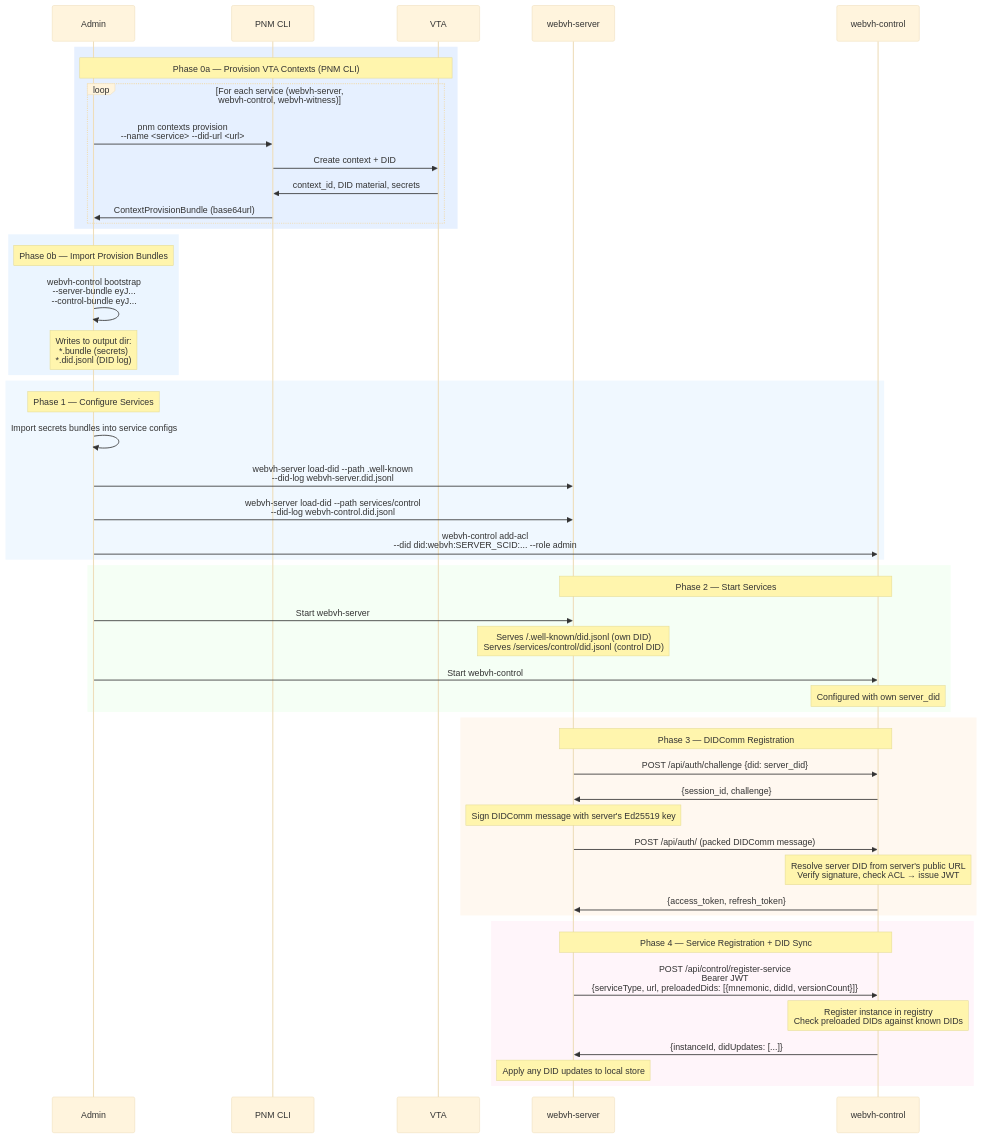
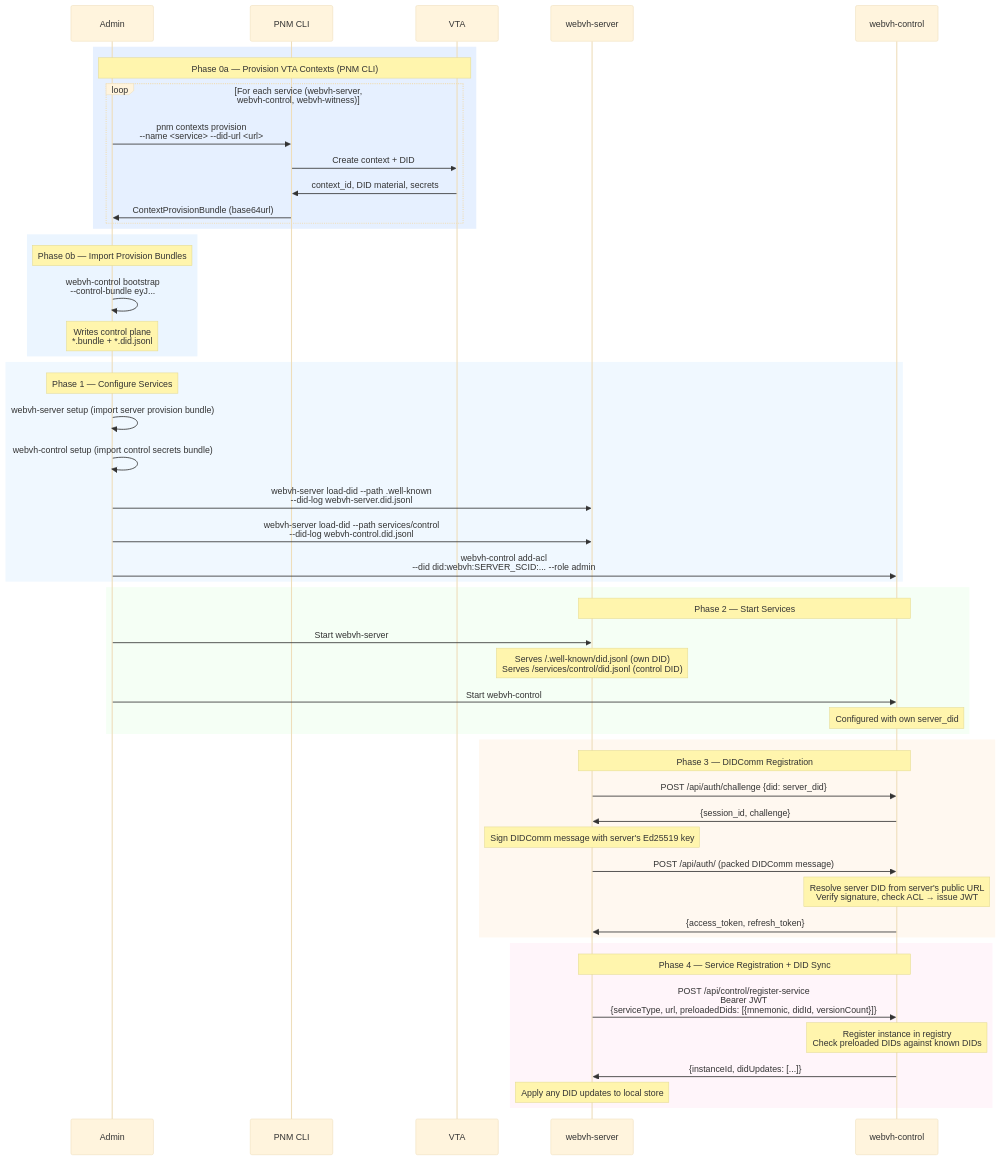
Before and after one commit to affinidi/affinidi-webvh-service: the diagram in docs/bootstrap_startup.md, drawn with Mermaid (base theme). The commit also changed other lines of this file and 4 other files, not shown here.

First line of the commit message:
fix: separate bootstrap per service and fix secret store config in setup wizards

````diff
--- a/docs/bootstrap_startup.md
+++ b/docs/bootstrap_startup.md
@@ -23,58 +23,59 @@
 ```mermaid
 sequenceDiagram
     participant Admin
     participant PNM as PNM CLI
     participant VTA
     participant Server as webvh-server
     participant Control as webvh-control
 
     rect rgb(230, 240, 255)
         Note over Admin,VTA: Phase 0a — Provision VTA Contexts (PNM CLI)
         loop For each service (webvh-server, webvh-control, webvh-witness)
             Admin->>PNM: pnm contexts provision<br/>--name <service> --did-url <url>
             PNM->>VTA: Create context + DID
             VTA->>PNM: context_id, DID material, secrets
             PNM->>Admin: ContextProvisionBundle (base64url)
         end
     end
 
     rect rgb(235, 245, 255)
         Note over Admin: Phase 0b — Import Provision Bundles
-        Admin->>Admin: webvh-control bootstrap<br/>--server-bundle eyJ...<br/>--control-bundle eyJ...
-        Note over Admin: Writes to output dir:<br/>*.bundle (secrets)<br/>*.did.jsonl (DID log)
+        Admin->>Admin: webvh-control bootstrap<br/>--control-bundle eyJ...
+        Note over Admin: Writes control plane<br/>*.bundle + *.did.jsonl
     end
 
     rect rgb(240, 248, 255)
         Note over Admin: Phase 1 — Configure Services
-        Admin->>Admin: Import secrets bundles into service configs
+        Admin->>Admin: webvh-server setup (import server provision bundle)
+        Admin->>Admin: webvh-control setup (import control secrets bundle)
         Admin->>Server: webvh-server load-did --path .well-known<br/>--did-log webvh-server.did.jsonl
         Admin->>Server: webvh-server load-did --path services/control<br/>--did-log webvh-control.did.jsonl
         Admin->>Control: webvh-control add-acl<br/>--did did:webvh:SERVER_SCID:... --role admin
     end
 
     rect rgb(245, 255, 245)
         Note over Server,Control: Phase 2 — Start Services
         Admin->>Server: Start webvh-server
         Note over Server: Serves /.well-known/did.jsonl (own DID)<br/>Serves /services/control/did.jsonl (control DID)
         Admin->>Control: Start webvh-control
         Note over Control: Configured with own server_did
     end
 
     rect rgb(255, 248, 240)
         Note over Server,Control: Phase 3 — DIDComm Registration
         Server->>Control: POST /api/auth/challenge {did: server_did}
         Control->>Server: {session_id, challenge}
         Note over Server: Sign DIDComm message with server's Ed25519 key
         Server->>Control: POST /api/auth/ (packed DIDComm message)
         Note over Control: Resolve server DID from server's public URL<br/>Verify signature, check ACL → issue JWT
         Control->>Server: {access_token, refresh_token}
     end
 
     rect rgb(255, 245, 250)
         Note over Server,Control: Phase 4 — Service Registration + DID Sync
         Server->>Control: POST /api/control/register-service<br/>Bearer JWT<br/>{serviceType, url, preloadedDids: [{mnemonic, didId, versionCount}]}
         Note over Control: Register instance in registry<br/>Check preloaded DIDs against known DIDs
         Control->>Server: {instanceId, didUpdates: [...]}
         Note over Server: Apply any DID updates to local store
     end
 ```
````
